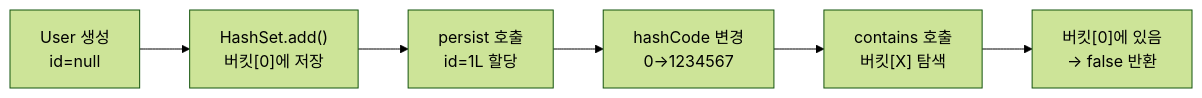
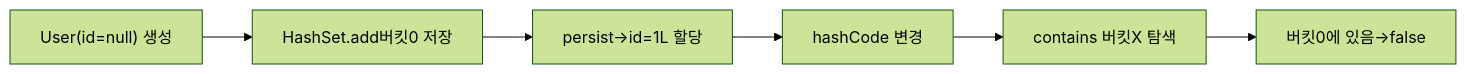
One commit to yjkim2015/yjkim2015.github.io changed the fourth of 5 diagrams in _posts/java/2026-05-12-java-hashmap-deep-dive.md. Above: the diagram before and after it, drawn with Mermaid (forest theme). The commit also changed other lines of this file and 245 other files, not shown here.

First line of the commit message:
Mermaid 다이어그램 전면 수정 + 면접 포인트 접기/펼치기 + DB 데드락 페이지

````diff
--- a/_posts/java/2026-05-12-java-hashmap-deep-dive.md
+++ b/_posts/java/2026-05-12-java-hashmap-deep-dive.md
@@ -1313,8 +1316,8 @@
 ```mermaid
 graph LR
-    A["User 생성<br/>id=null"] --> B["HashSet.add()<br/>버킷[0]에 저장"]
-    B --> C["persist 호출<br/>id=1L 할당"]
-    C --> D["hashCode 변경<br/>0→1234567"]
-    D --> E["contains 호출<br/>버킷[X] 탐색"]
-    E --> F["버킷[0]에 있음<br/>→ false 반환"]
+    A["User(id=null) 생성"] --> B["HashSet.add버킷0 저장"]
+    B --> C["persist→id=1L 할당"]
+    C --> D["hashCode 변경"]
+    D --> E["contains 버킷X 탐색"]
+    E --> F["버킷0에 있음→false"]
 ```
````
